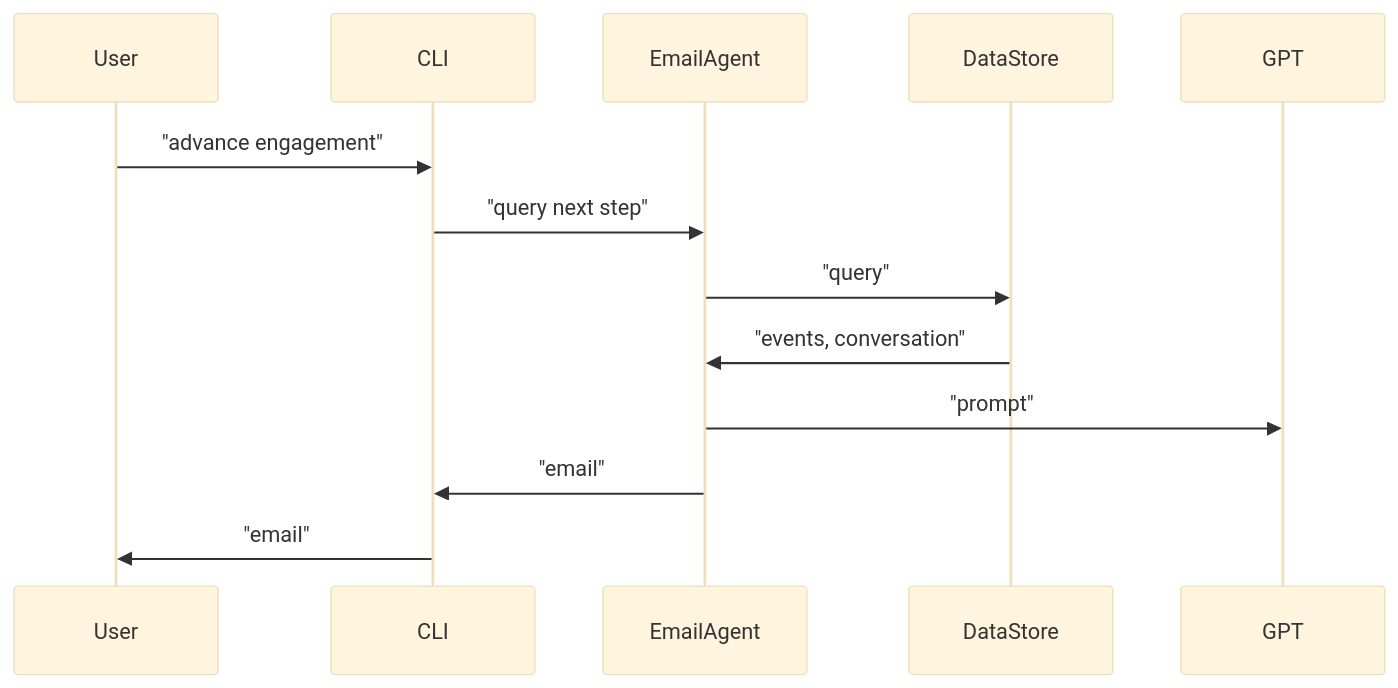
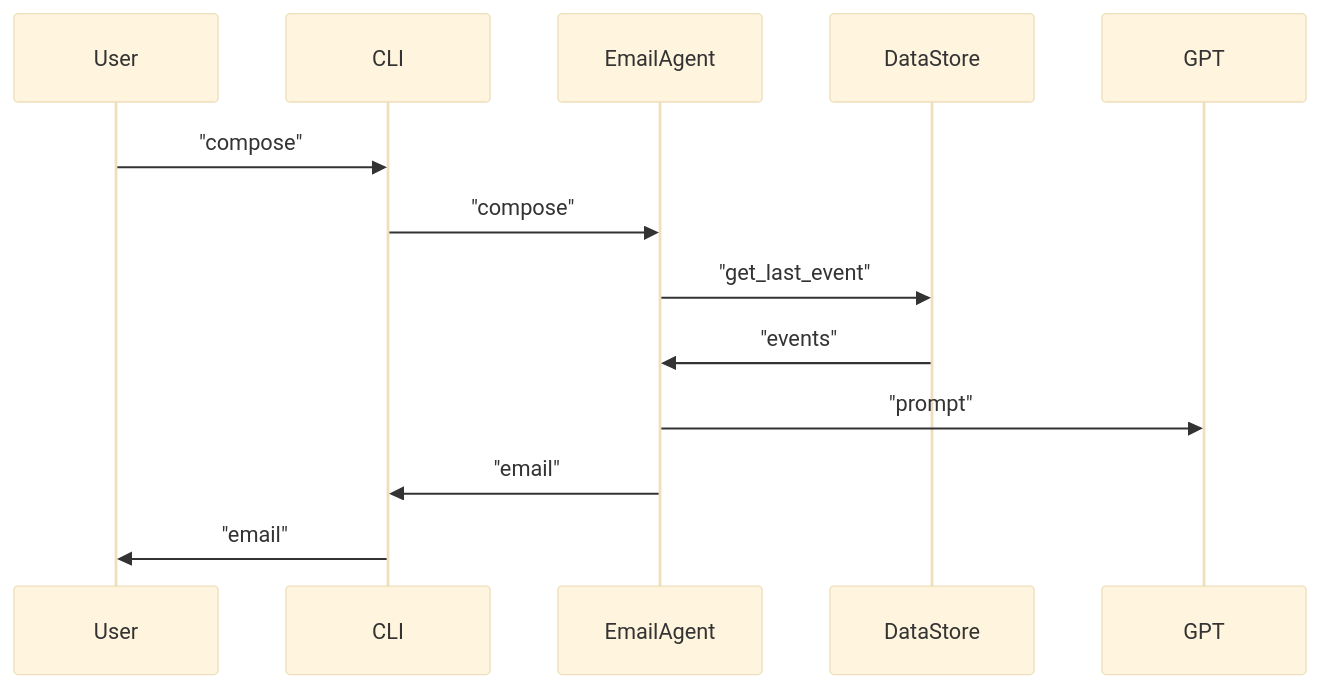
Before and after one commit to alexpotashnik/email-agent: the third of 3 diagrams in README.md, drawn with Mermaid (base theme). The commit also changed other lines of this file, not shown here.

````diff
--- a/README.md
+++ b/README.md
@@ -88,17 +88,17 @@
 ```mermaid
 sequenceDiagram 
   participant User
   participant CLI
   participant EmailAgent
   participant DataStore
   participant GPT
 
-  User->>CLI: "advance engagement"
-  CLI->>EmailAgent: "query next step"
-  EmailAgent->>DataStore: "query"
-  DataStore->>EmailAgent: "events, conversation"
+  User->>CLI: "compose"
+  CLI->>EmailAgent: "compose"
+  EmailAgent->>DataStore: "get_last_event"
+  DataStore->>EmailAgent: "events"
   EmailAgent->>GPT: "prompt"
   EmailAgent->>CLI: "email"
   CLI->>User: "email"
 
 ```
````
